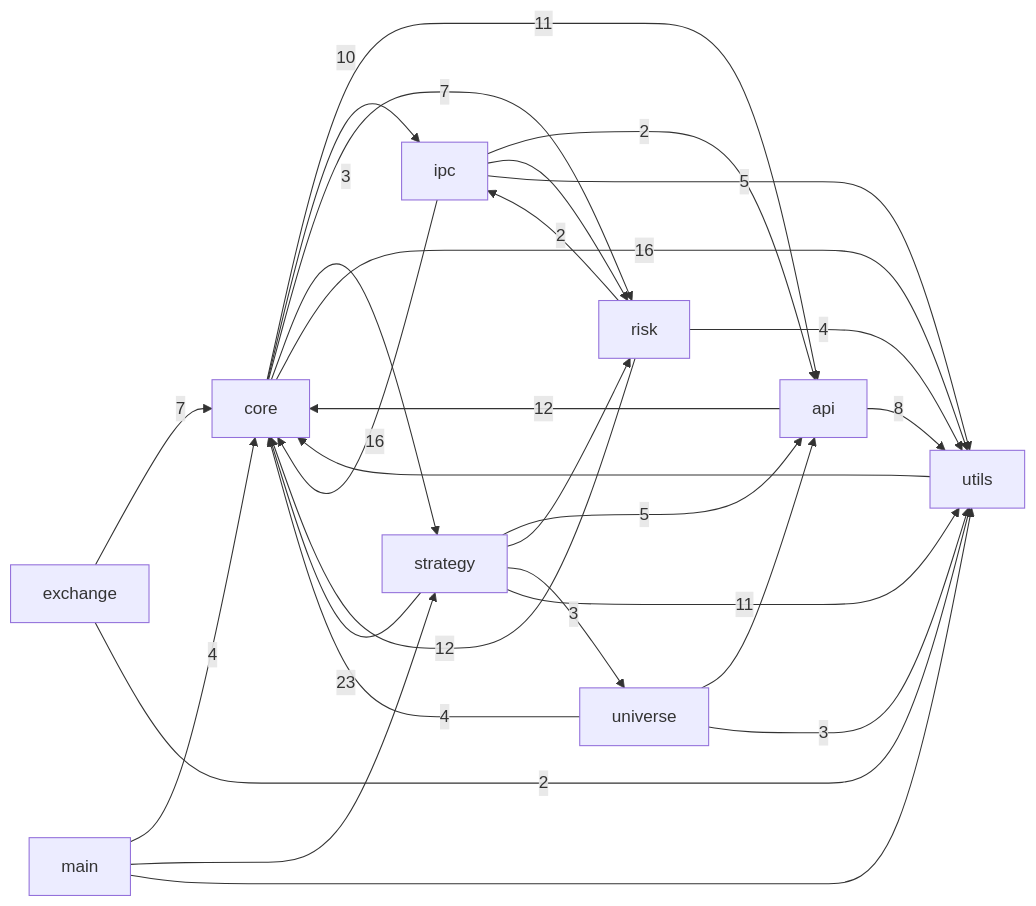
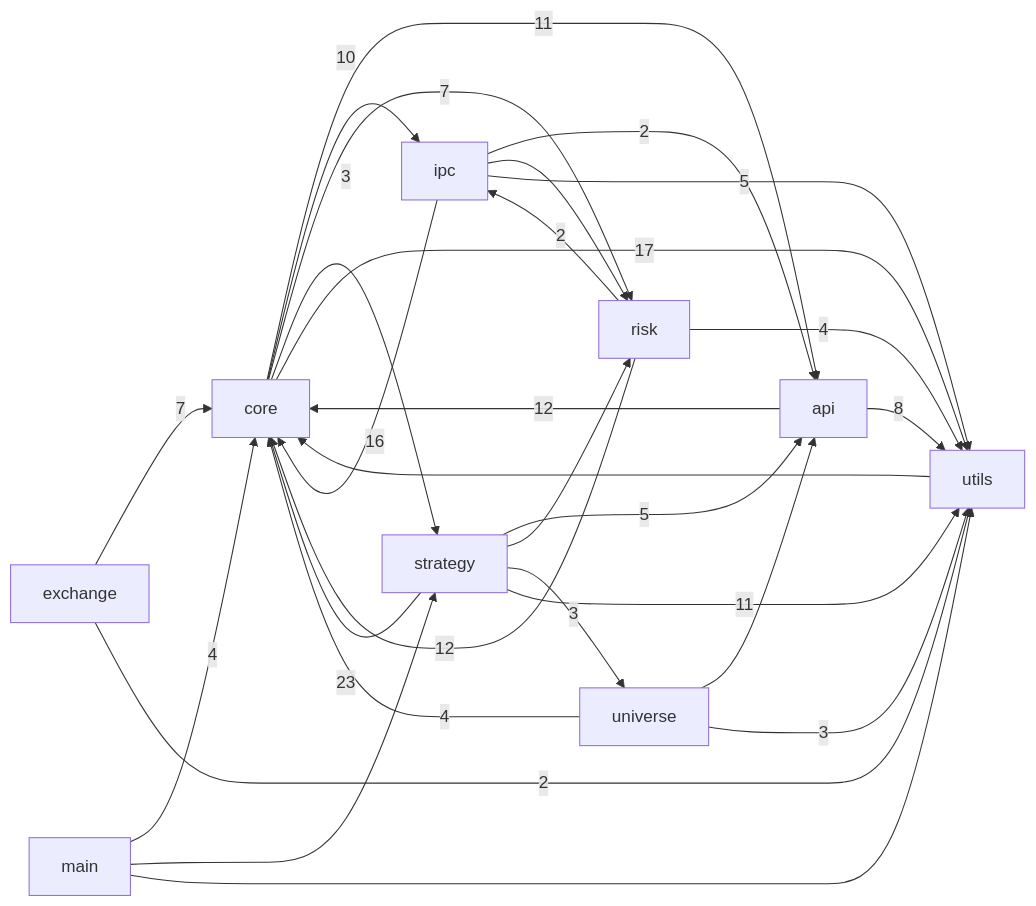
The first of 3 diagrams in docs/CODE_GRAPH.md (pypy8171/Quant), drawn with Mermaid before and after one commit. The commit also changed other lines of this file and 11 other files, not shown here.

````diff
--- a/docs/CODE_GRAPH.md
+++ b/docs/CODE_GRAPH.md
@@ -10,40 +10,40 @@
 ```mermaid
 graph LR
   main[main]
   core[core]
   strategy[strategy]
   api[api]
   universe[universe]
   risk[risk]
   ipc[ipc]
   utils[utils]
   exchange[exchange]
   api -->|12| core
   api -->|8| utils
   core -->|11| api
   core -->|10| ipc
   core -->|7| risk
   core -->|3| strategy
-  core -->|16| utils
+  core -->|17| utils
   exchange -->|7| core
   exchange -->|2| utils
   ipc -->|2| api
   ipc -->|16| core
   ipc --> risk
   ipc -->|5| utils
   main -->|4| core
   main --> strategy
   main --> utils
   risk -->|12| core
   risk -->|2| ipc
   risk -->|4| utils
   strategy -->|5| api
   strategy -->|23| core
   strategy --> risk
   strategy -->|3| universe
   strategy -->|11| utils
   universe --> api
   universe -->|4| core
   universe -->|3| utils
   utils --> core
 ```
````
